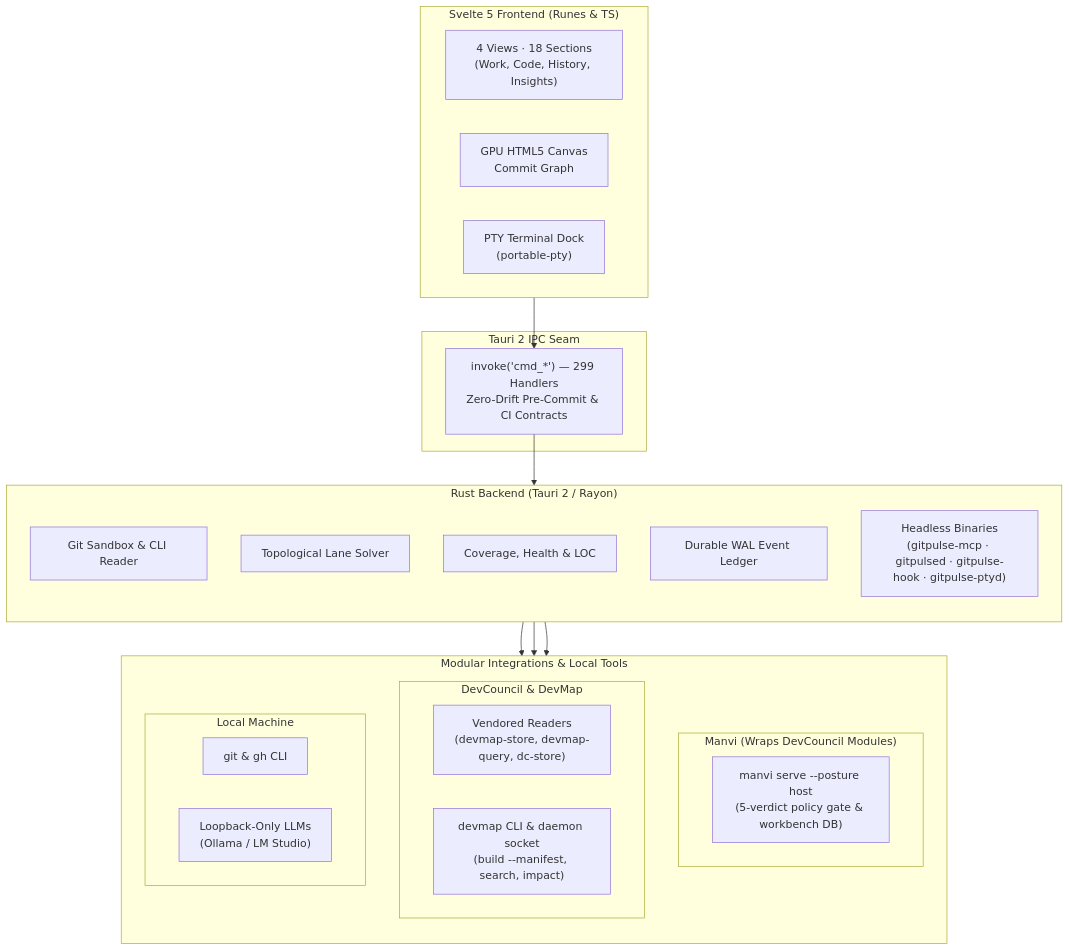
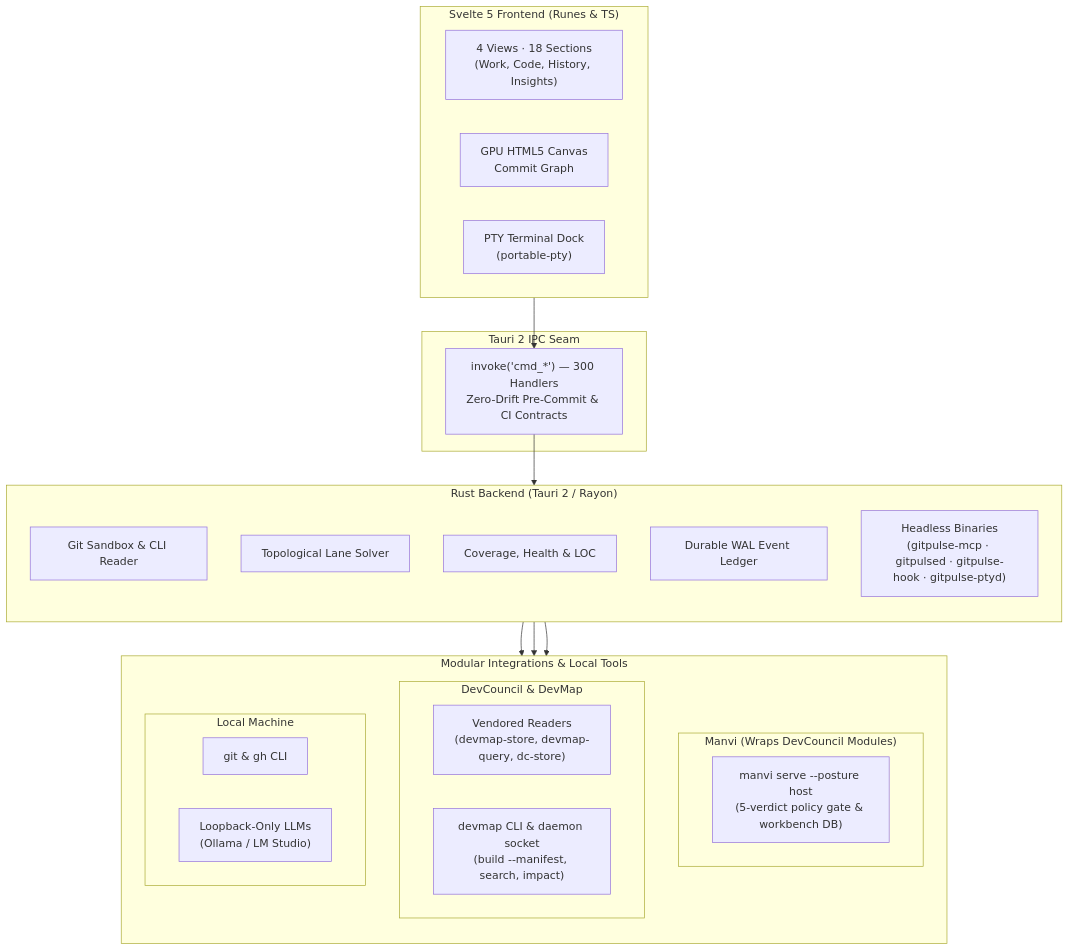
The diagram in README.md (bharathvbcr/GitPulse), drawn with Mermaid before and after one commit. The commit also changed 10 other files, not shown here.

````diff
--- a/README.md
+++ b/README.md
@@ -126,43 +126,43 @@
 ```mermaid
 flowchart TB
     subgraph Frontend["Svelte 5 Frontend (Runes & TS)"]
         direction LR
         Views["4 Views · 18 Sections<br/>(Work, Code, History, Insights)"]
         Canvas["GPU HTML5 Canvas<br/>Commit Graph"]
         TerminalDock["PTY Terminal Dock<br/>(portable-pty)"]
     end
 
     subgraph IPC["Tauri 2 IPC Seam"]
-        Bridge["invoke('cmd_*') — 299 Handlers<br/>Zero-Drift Pre-Commit & CI Contracts"]
+        Bridge["invoke('cmd_*') — 300 Handlers<br/>Zero-Drift Pre-Commit & CI Contracts"]
     end
 
     subgraph Backend["Rust Backend (Tauri 2 / Rayon)"]
         direction TB
         GitEngine["Git Sandbox & CLI Reader"]
         LaneSolver["Topological Lane Solver"]
         Analyzers["Coverage, Health & LOC"]
         Ledger["Durable WAL Event Ledger"]
         Headless["Headless Binaries<br/>(gitpulse-mcp · gitpulsed · gitpulse-hook · gitpulse-ptyd)"]
     end
 
     subgraph Integrations["Modular Integrations & Local Tools"]
         direction TB
         subgraph ManviWrap["Manvi (Wraps DevCouncil Modules)"]
             ManviSidecar["manvi serve --posture host<br/>(5-verdict policy gate & workbench DB)"]
         end
         subgraph DevCouncilMods["DevCouncil & DevMap"]
             Vendored["Vendored Readers<br/>(devmap-store, devmap-query, dc-store)"]
             DevMapCLI["devmap CLI & daemon socket<br/>(build --manifest, search, impact)"]
         end
         subgraph LocalTools["Local Machine"]
             CLI["git & gh CLI"]
             LocalLLM["Loopback-Only LLMs<br/>(Ollama / LM Studio)"]
         end
     end
 
     Frontend --> Bridge
     Bridge --> Backend
     Backend --> ManviWrap
     Backend --> DevCouncilMods
     Backend --> LocalTools
 ```
````
